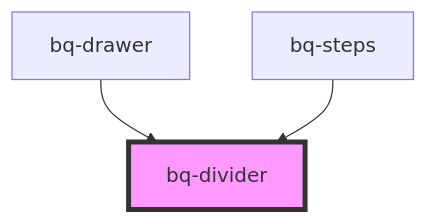
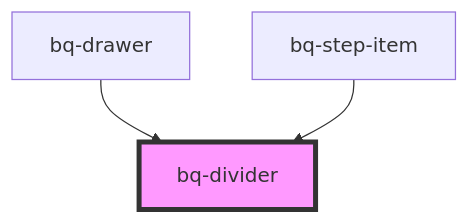
Before and after one commit to Endava/BEEQ: the diagram in packages/beeq/src/components/divider/readme.md, drawn with Mermaid. The commit also changed other lines of this file and 12 other files, not shown here.

Commit message:
feat(Steps, Step Item): add `orientation` property and support for vertical layout (#1566)

````diff
--- a/packages/beeq/src/components/divider/readme.md
+++ b/packages/beeq/src/components/divider/readme.md
@@ -51,6 +51,6 @@
 ```mermaid
 graph TD;
   bq-drawer --> bq-divider
-  bq-steps --> bq-divider
+  bq-step-item --> bq-divider
   style bq-divider fill:#f9f,stroke:#333,stroke-width:4px
 ```
````
